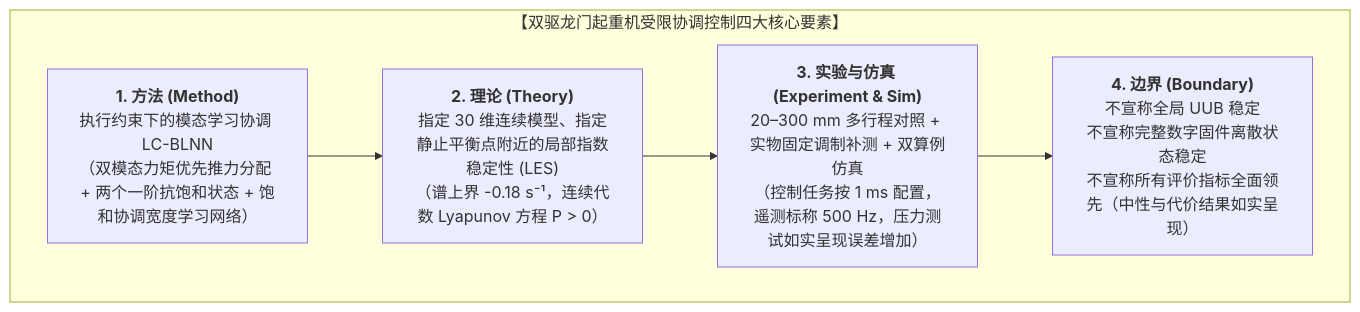
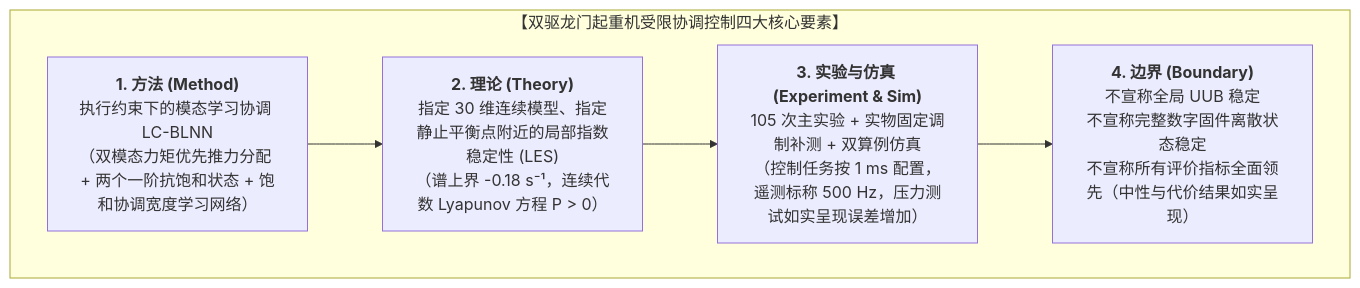
Before and after one commit to comhza007-prog/LC-BLNN: the diagram in materials/00_论文写作事实清单与终版入口.md, drawn with Mermaid. The commit also changed other lines of this file and 26 other files, not shown here.

````diff
--- a/materials/00_论文写作事实清单与终版入口.md
+++ b/materials/00_论文写作事实清单与终版入口.md
@@ -11,12 +11,12 @@
 ```mermaid
 flowchart TD
     subgraph 论文四大核心要素 ["【双驱龙门起重机受限协调控制四大核心要素】"]
         M["<b>1. 方法 (Method)</b><br>执行约束下的模态学习协调 LC-BLNN<br>（双模态力矩优先推力分配 + 两个一阶抗饱和状态 + 饱和协调宽度学习网络）"]
         T["<b>2. 理论 (Theory)</b><br>指定 30 维连续模型、指定静止平衡点附近的局部指数稳定性 (LES)<br>（谱上界 -0.18 s⁻¹，连续代数 Lyapunov 方程 P > 0）"]
-        E["<b>3. 实验与仿真 (Experiment & Sim)</b><br>20–300 mm 多行程对照 + 实物固定调制补测 + 双算例仿真<br>（控制任务按 1 ms 配置，遥测标称 500 Hz，压力测试如实呈现误差增加）"]
+        E["<b>3. 实验与仿真 (Experiment & Sim)</b><br>105 次主实验 + 实物固定调制补测 + 双算例仿真<br>（控制任务按 1 ms 配置，遥测标称 500 Hz，压力测试如实呈现误差增加）"]
         B["<b>4. 边界 (Boundary)</b><br>不宣称全局 UUB 稳定<br>不宣称完整数字固件离散状态稳定<br>不宣称所有评价指标全面领先（中性与代价结果如实呈现）"]
     end
     M --> T
     T --> E
     E --> B
 ```
````
